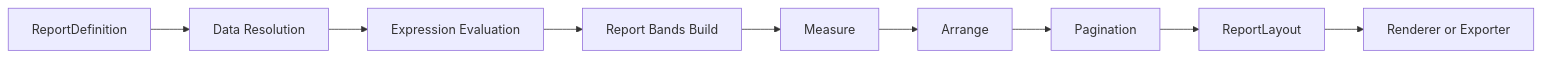
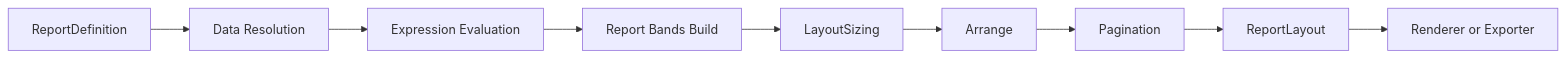
One commit to Netcodr81/kinetic-reports changed the diagram in docs/README.md. Above: the diagram before and after it, drawn with Mermaid. The commit also changed 36 other files, not shown here.

````diff
--- a/docs/README.md
+++ b/docs/README.md
@@ -33,11 +33,11 @@
 ```mermaid
 flowchart LR
 	A[ReportDefinition] --> B[Data Resolution]
 	B --> C[Expression Evaluation]
 	C --> D[Report Bands Build]
-	D --> E[Measure]
+	D --> E[LayoutSizing]
 	E --> F[Arrange]
 	F --> G[Pagination]
 	G --> H[ReportLayout]
 	H --> I[Renderer or Exporter]
 ```
````
